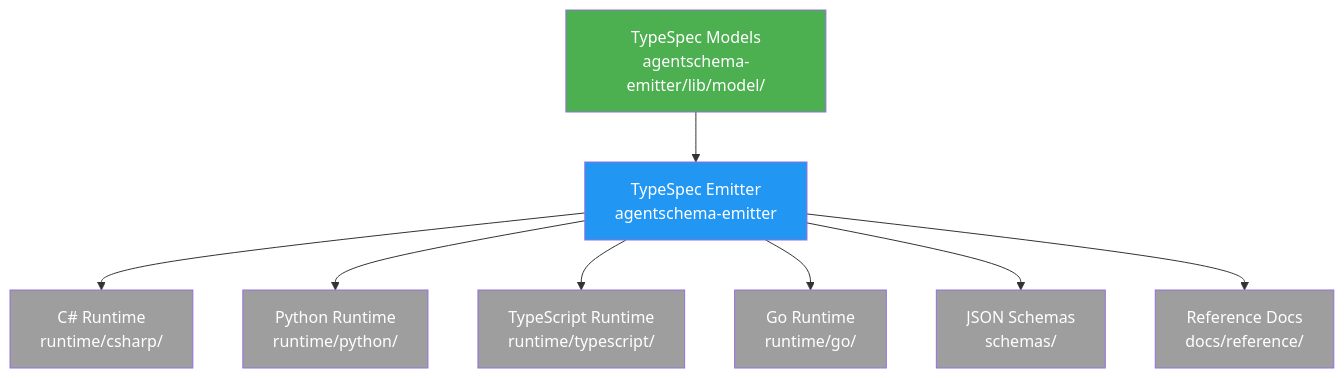
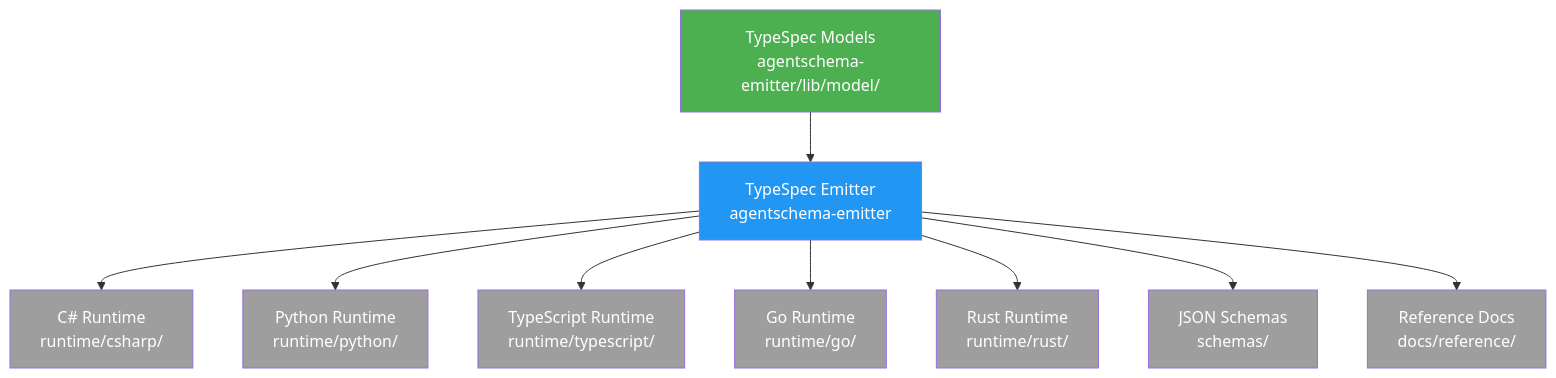
The diagram in docs/src/content/docs/contributing/index.mdx (microsoft/AgentSchema), drawn with Mermaid before and after one commit. The commit also changed other lines of this file and 14 other files, not shown here.

First line of the commit message:
Add Rust runtime documentation across the docs site (#56)

````diff
--- a/docs/src/content/docs/contributing/index.mdx
+++ b/docs/src/content/docs/contributing/index.mdx
@@ -20,19 +20,21 @@
 ```mermaid
 flowchart TD
     A[TypeSpec Models<br/>agentschema-emitter/lib/model/] --> B[TypeSpec Emitter<br/>agentschema-emitter]
     B --> C[C# Runtime<br/>runtime/csharp/]
     B --> D[Python Runtime<br/>runtime/python/]
     B --> E[TypeScript Runtime<br/>runtime/typescript/]
     B --> H[Go Runtime<br/>runtime/go/]
+    B --> I[Rust Runtime<br/>runtime/rust/]
     B --> F[JSON Schemas<br/>schemas/]
     B --> G[Reference Docs<br/>docs/reference/]
     
     style A fill:#4CAF50,color:#fff
     style B fill:#2196F3,color:#fff
     style C fill:#9E9E9E,color:#fff
     style D fill:#9E9E9E,color:#fff
     style E fill:#9E9E9E,color:#fff
     style H fill:#9E9E9E,color:#fff
+    style I fill:#9E9E9E,color:#fff
     style F fill:#9E9E9E,color:#fff
     style G fill:#9E9E9E,color:#fff
 ```
````
